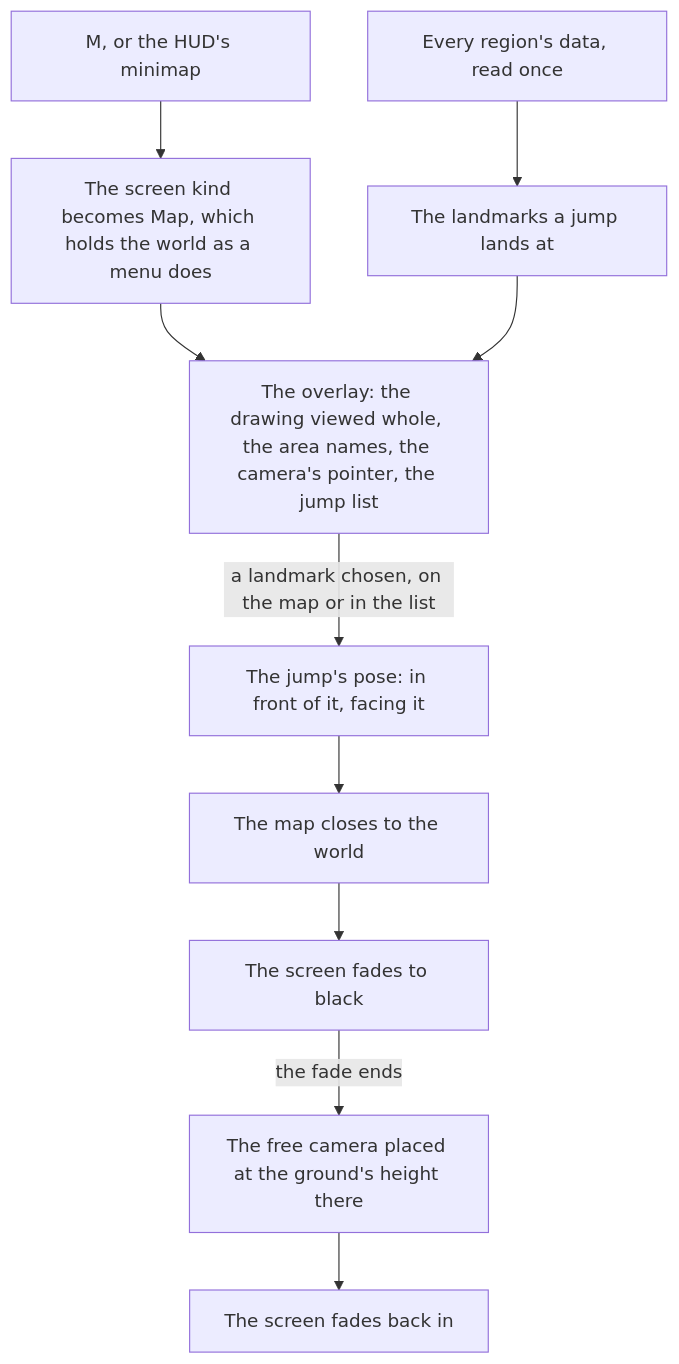
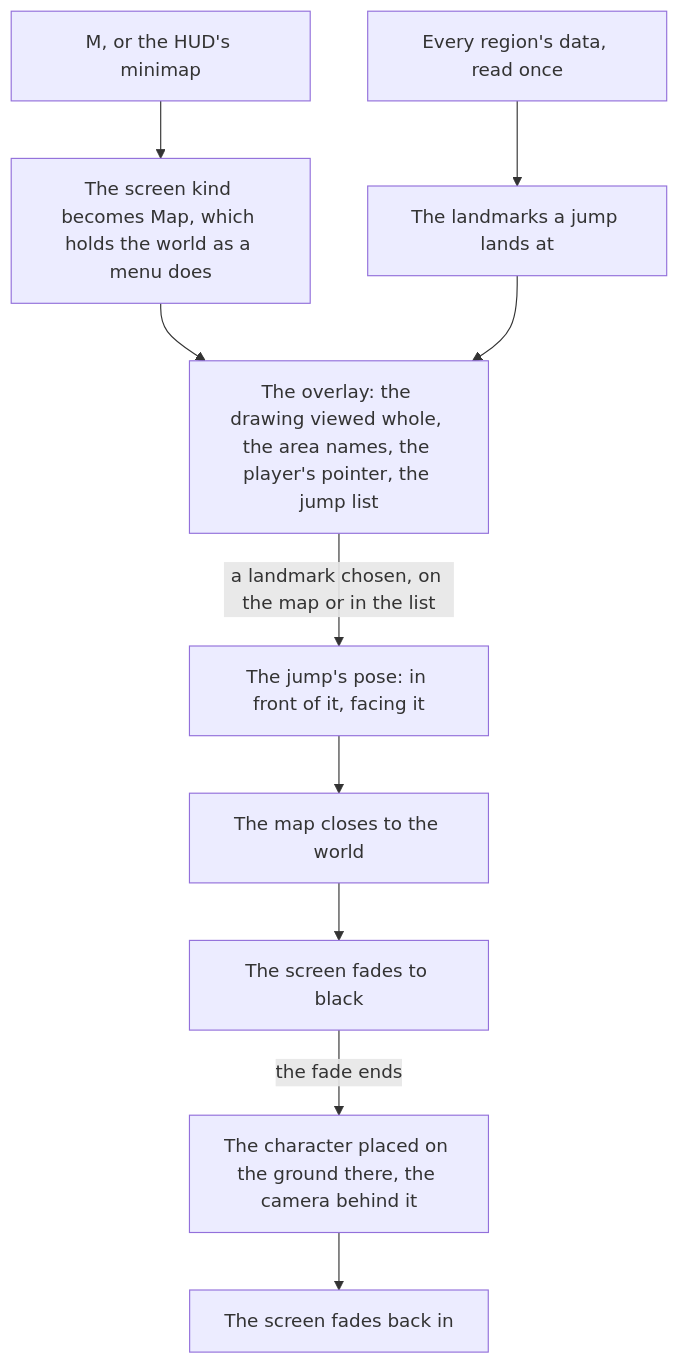
Before and after one commit to Esposter/Esposter: the diagram in apps/web/content/docs/genshin/map.md, drawn with Mermaid. The commit also changed other lines of this file and 4 other files, not shown here.

Commit message:
docs(genshin): the map draws the player as its pointer, and a jump places the character with the camera behind it

````diff
--- a/apps/web/content/docs/genshin/map.md
+++ b/apps/web/content/docs/genshin/map.md
@@ -12,12 +12,12 @@
 ```mermaid
 flowchart TD
   M["M, or the HUD's minimap"] --> SCR["The screen kind becomes Map, which holds the world as a menu does"]
-  SCR --> OV["The overlay: the drawing viewed whole, the area names, the camera's pointer, the jump list"]
+  SCR --> OV["The overlay: the drawing viewed whole, the area names, the player's pointer, the jump list"]
   REG["Every region's data, read once"] --> LM["The landmarks a jump lands at"]
   LM --> OV
   OV -->|"a landmark chosen, on the map or in the list"| POSE["The jump's pose: in front of it, facing it"]
   POSE --> CLOSE["The map closes to the world"]
   CLOSE --> FADE["The screen fades to black"]
-  FADE -->|"the fade ends"| PLACE["The free camera placed at the ground's height there"]
+  FADE -->|"the fade ends"| PLACE["The character placed on the ground there, the camera behind it"]
   PLACE --> IN["The screen fades back in"]
 ```
````
